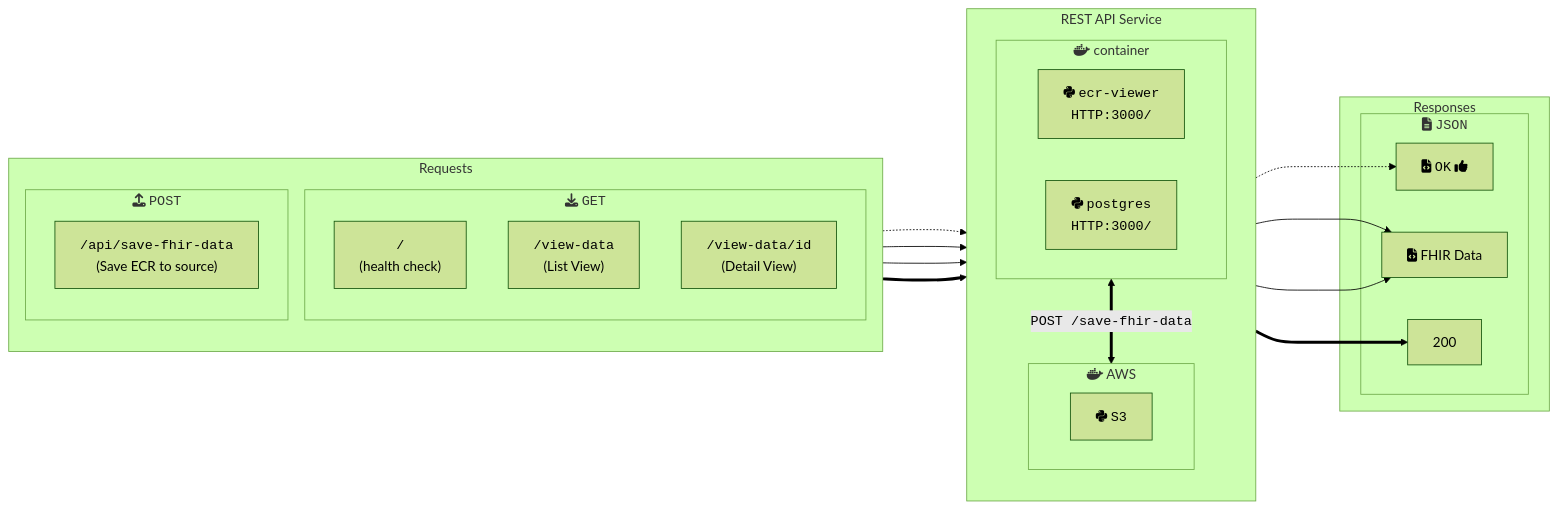
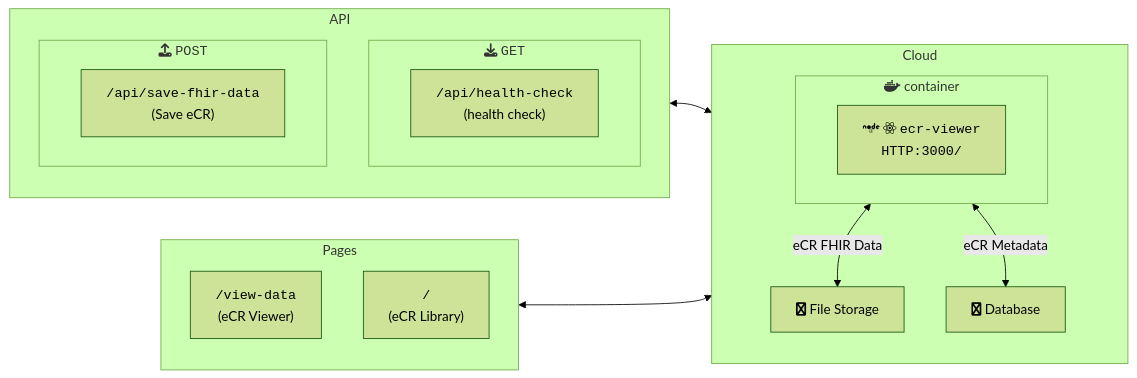
The diagram in containers/ecr-viewer/README.md (BobanL/dibbs-ecr-viewer), drawn with Mermaid (forest theme) before and after one commit. The commit also changed other lines of this file and 9 other files, not shown here.

````diff
--- a/containers/ecr-viewer/README.md
+++ b/containers/ecr-viewer/README.md
@@ -143,43 +143,29 @@
 ```mermaid
 flowchart LR
-
-  subgraph requests["Requests"]
+  subgraph api["API"]
     direction TB
     subgraph GET["fas:fa-download <code>GET</code>"]
-      hc["<code>/</code>\n(health check)"]
-      viewdata["<code>/view-data</code>\n(List View)"]
-      detail["<code>/view-data/id</code>\n(Detail View)"]
-
+      hc["<code>/api/health-check</code><br />(health check)"]
     end
     subgraph POST["fas:fa-upload <code>POST</code>"]
-      ecr["<code>/api/save-fhir-data</code>\n(Save ECR to source)"]
+      saveFhirData["<code>/api/save-fhir-data</code><br />(Save eCR)"]
     end
   end
-
-
-  subgraph service[REST API Service]
+  subgraph pages["Pages"]
+    direction TB
+      view-data["<code>/view-data</code><br />(eCR Viewer)"]
+      ecr["<code>/</code><br />(eCR Library)"]
+  end
+  subgraph service[Cloud]
     direction TB
     subgraph mr["fab:fa-docker container"]
-      viewer["fab:fa-python <code>ecr-viewer<br>HTTP:3000/</code>"]
-	  postgres["fab:fa-python <code>postgres<br>HTTP:3000/</code>"]
+      viewer["fab:fa-node fab:fa-react <code>ecr-viewer<br>HTTP:3000/</code>"]
     end
-    subgraph aws["fab:fa-docker AWS"]
-      s3["fab:fa-python <code>S3</code>"]
-    end
-	mr <==> |<code>POST /save-fhir-data</code>| aws
-
+    fileStorage["fab:fa-file File Storage"]
+    postgres["fab:fa-database Database"]
+	mr <--> |eCR FHIR Data| fileStorage
+	mr <--> |eCR Metadata| postgres
   end
-
-  subgraph response["Responses"]
-    subgraph JSON["fa:fa-file-alt <code>JSON</code>"]
-      rsp-hc["fa:fa-file-code <code>OK</code> fa:fa-thumbs-up"]
-      fhirdata["fa:fa-file-code FHIR Data"]
-	  post-ecr["200"]
-    end
-  end
-
-hc -.-> mr -.-> rsp-hc
-viewdata --> mr --> fhirdata
-detail --> mr --> fhirdata
-ecr ===> mr ===> post-ecr
+  api <--> mr
+  pages <--> mr
 ```
````
